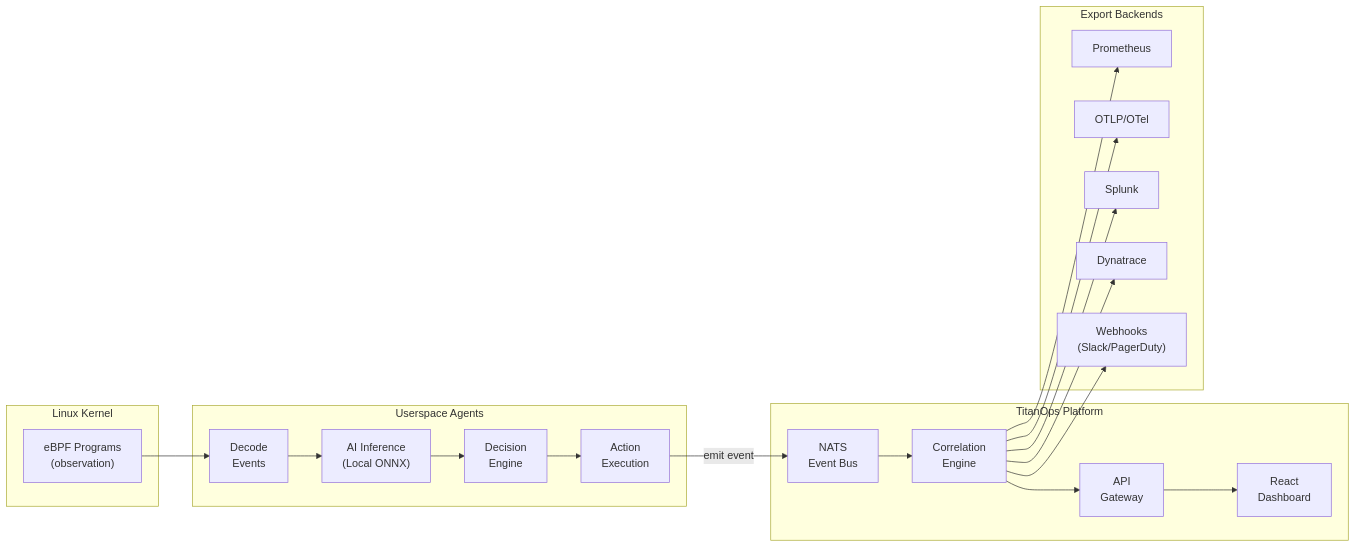
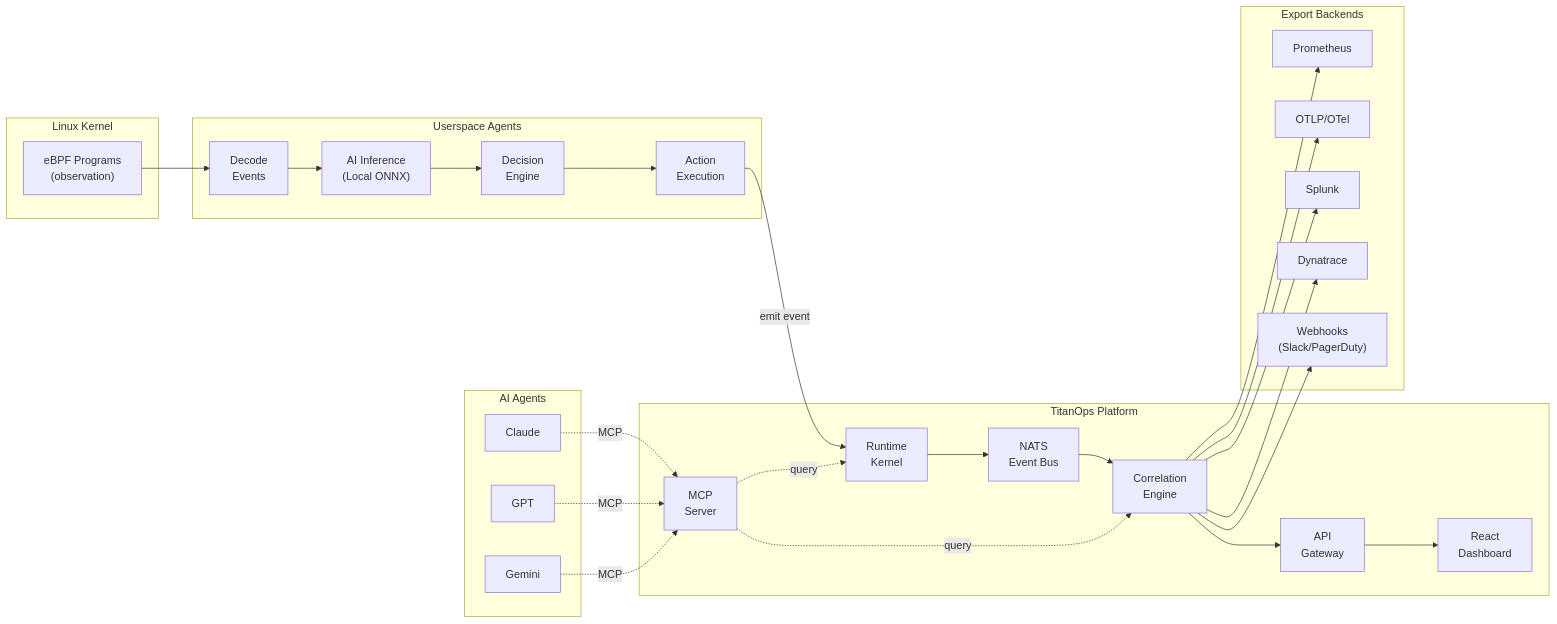
Before and after one commit to mercadoalex/titanops: the second of 2 diagrams in docs/landscape-overview.md, drawn with Mermaid. The commit also changed other lines of this file, not shown here.

````diff
--- a/docs/landscape-overview.md
+++ b/docs/landscape-overview.md
@@ -145,38 +160,52 @@
 ```mermaid
 flowchart LR
     subgraph KERNEL["Linux Kernel"]
         BPF["eBPF Programs<br/>(observation)"]
     end
 
     subgraph USERSPACE["Userspace Agents"]
         DECODE["Decode<br/>Events"]
         INFER["AI Inference<br/>(Local ONNX)"]
         DECIDE["Decision<br/>Engine"]
         ACT["Action<br/>Execution"]
     end
 
     subgraph PLATFORM["TitanOps Platform"]
+        KERN["Runtime<br/>Kernel"]
         BUS["NATS<br/>Event Bus"]
         CORR2["Correlation<br/>Engine"]
         GW2["API<br/>Gateway"]
         DASH2["React<br/>Dashboard"]
+        MCP2["MCP<br/>Server"]
     end
 
     subgraph EXPORT["Export Backends"]
         PROM["Prometheus"]
         OTLP["OTLP/OTel"]
         SPLK["Splunk"]
         DT["Dynatrace"]
         WH["Webhooks<br/>(Slack/PagerDuty)"]
     end
 
+    subgraph AIAGENTS["AI Agents"]
+        CLAUDE["Claude"]
+        GPT["GPT"]
+        GEMINI["Gemini"]
+    end
+
     BPF --> DECODE --> INFER --> DECIDE --> ACT
-    ACT -->|"emit event"| BUS
+    ACT -->|"emit event"| KERN
+    KERN --> BUS
     BUS --> CORR2
     CORR2 --> GW2 --> DASH2
     CORR2 --> PROM
     CORR2 --> OTLP
     CORR2 --> SPLK
     CORR2 --> DT
     CORR2 --> WH
+    MCP2 -.->|"query"| KERN
+    MCP2 -.->|"query"| CORR2
+    CLAUDE -.->|"MCP"| MCP2
+    GPT -.->|"MCP"| MCP2
+    GEMINI -.->|"MCP"| MCP2
 ```
````
